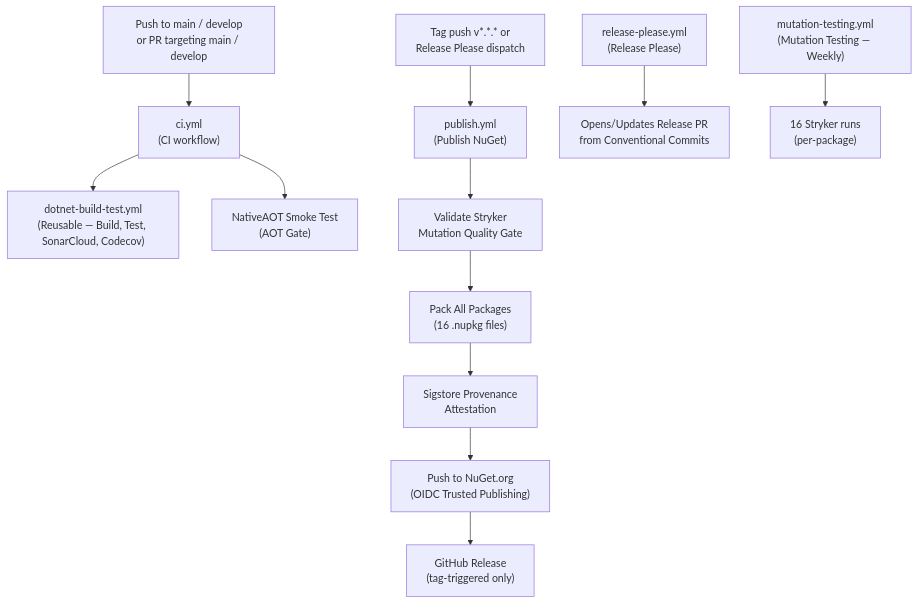
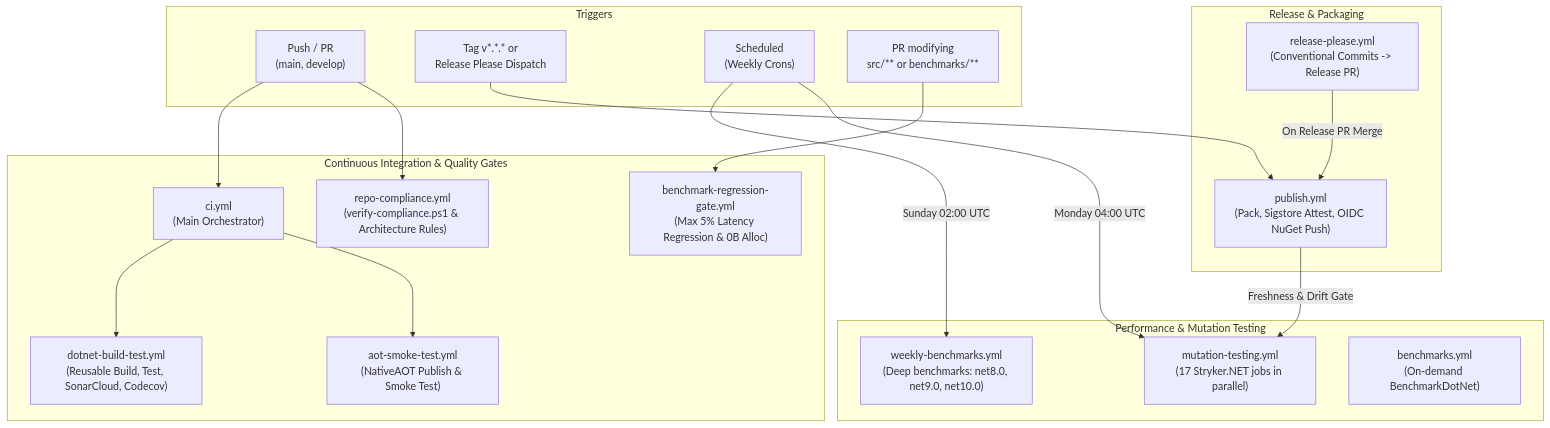
One commit to ericksonlopezf/dotnet-specification changed the first of 2 diagrams in docs/build-and-ci.md. Above: the diagram before and after it, drawn with Mermaid. The commit also changed other lines of this file and 189 other files, not shown here.

````diff
--- a/docs/build-and-ci.md
+++ b/docs/build-and-ci.md
@@ -9,17 +11,41 @@
 ```mermaid
 flowchart TD
-    Push["Push to main / develop\nor PR targeting main / develop"] --> CI["ci.yml\n(CI workflow)"]
-    CI --> BuildTest["dotnet-build-test.yml\n(Reusable — Build, Test, SonarCloud, Codecov)"]
-    CI --> AOT["NativeAOT Smoke Test\n(AOT Gate)"]
+    subgraph Triggers["Triggers"]
+        PushPR["Push / PR\n(main, develop)"]
+        TagOrDispatch["Tag v*.*.* or\nRelease Please Dispatch"]
+        Scheduled["Scheduled\n(Weekly Crons)"]
+        PRBenchmark["PR modifying\nsrc/** or benchmarks/**"]
+    end
 
-    Tag["Tag push v*.*.* or\nRelease Please dispatch"] --> Publish["publish.yml\n(Publish NuGet)"]
-    Publish --> MutationGate["Validate Stryker\nMutation Quality Gate"]
-    MutationGate --> Pack["Pack All Packages\n(16 .nupkg files)"]
-    Pack --> Attest["Sigstore Provenance\nAttestation"]
-    Attest --> NuGet["Push to NuGet.org\n(OIDC Trusted Publishing)"]
-    NuGet --> Release["GitHub Release\n(tag-triggered only)"]
+    subgraph CI_Pipelines["Continuous Integration & Quality Gates"]
+        CI["ci.yml\n(Main Orchestrator)"]
+        BuildTest["dotnet-build-test.yml\n(Reusable Build, Test, SonarCloud, Codecov)"]
+        AOT["aot-smoke-test.yml\n(NativeAOT Publish & Smoke Test)"]
+        BenchGate["benchmark-regression-gate.yml\n(Max 5% Latency Regression & 0B Alloc)"]
+        Compliance["repo-compliance.yml\n(verify-compliance.ps1 & Architecture Rules)"]
+    end
 
-    ReleasePlease["release-please.yml\n(Release Please)"] --> ReleasePR["Opens/Updates Release PR\nfrom Conventional Commits"]
+    subgraph LongRunning["Performance & Mutation Testing"]
+        Mutation["mutation-testing.yml\n(17 Stryker.NET jobs in parallel)"]
+        WeeklyBench["weekly-benchmarks.yml\n(Deep benchmarks: net8.0, net9.0, net10.0)"]
+        OnDemandBench["benchmarks.yml\n(On-demand BenchmarkDotNet)"]
+    end
 
-    MutationCI["mutation-testing.yml\n(Mutation Testing — Weekly)"] --> Stryker["16 Stryker runs\n(per-package)"]
+    subgraph Release_Pipelines["Release & Packaging"]
+        RP["release-please.yml\n(Conventional Commits -> Release PR)"]
+        Publish["publish.yml\n(Pack, Sigstore Attest, OIDC NuGet Push)"]
+    end
+
+    PushPR --> CI
+    CI --> BuildTest
+    CI --> AOT
+    PushPR --> Compliance
+    PRBenchmark --> BenchGate
+
+    TagOrDispatch --> Publish
+    Publish -->|Freshness & Drift Gate| Mutation
+    RP -->|On Release PR Merge| Publish
+
+    Scheduled -->|Sunday 02:00 UTC| WeeklyBench
+    Scheduled -->|Monday 04:00 UTC| Mutation
 ```
````
